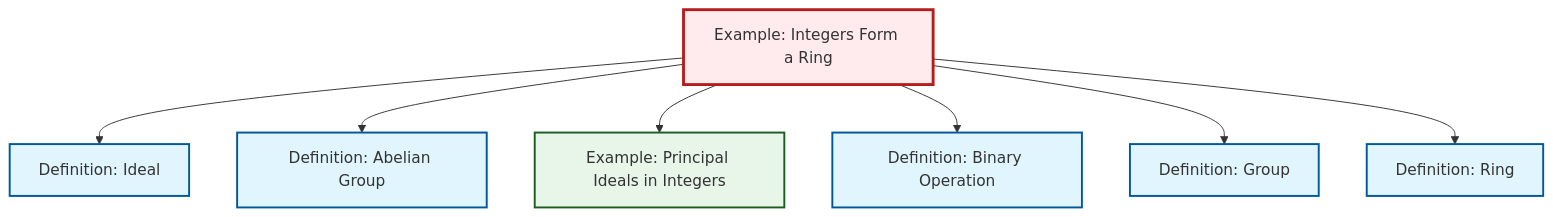
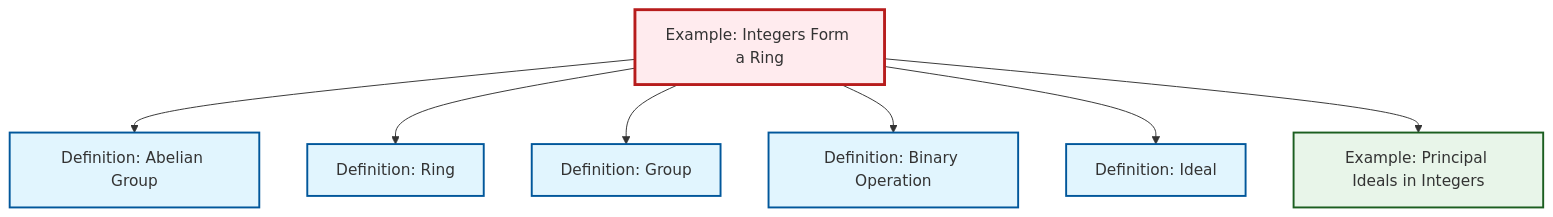
The diagram in content/en/algebra/ex-integers-ring.qmd (RK0429/ModernMath), drawn with Mermaid before and after one commit. The commit also changed other lines of this file and 491 other files, not shown here.

````diff
--- a/content/en/algebra/ex-integers-ring.qmd
+++ b/content/en/algebra/ex-integers-ring.qmd
@@ -64,29 +64,29 @@
 ```{mermaid}
 %%| fig-cap: "Local dependency graph"
 graph TD
     classDef definition fill:#e1f5fe,stroke:#01579b,stroke-width:2px
     classDef theorem fill:#f3e5f5,stroke:#4a148c,stroke-width:2px
     classDef axiom fill:#fff3e0,stroke:#e65100,stroke-width:2px
     classDef example fill:#e8f5e9,stroke:#1b5e20,stroke-width:2px
     classDef current fill:#ffebee,stroke:#b71c1c,stroke-width:3px
+    def-binary-operation["Definition: Binary Operation"]:::definition
+    def-abelian-group["Definition: Abelian Group"]:::definition
+    ex-principal-ideal["Example: Principal Ideals in Integers"]:::example
     def-group["Definition: Group"]:::definition
     def-ideal["Definition: Ideal"]:::definition
-    def-binary-operation["Definition: Binary Operation"]:::definition
-    def-abelian-group["Definition: Abelian Group"]:::definition
+    def-ring["Definition: Ring"]:::definition
     ex-integers-ring["Example: Integers Form a Ring"]:::example
-    def-ring["Definition: Ring"]:::definition
-    ex-principal-ideal["Example: Principal Ideals in Integers"]:::example
+    ex-integers-ring --> def-abelian-group
+    ex-integers-ring --> def-ring
+    ex-integers-ring --> def-group
+    ex-integers-ring --> def-binary-operation
     ex-integers-ring --> def-ideal
-    ex-integers-ring --> def-abelian-group
     ex-integers-ring --> ex-principal-ideal
-    ex-integers-ring --> def-binary-operation
-    ex-integers-ring --> def-group
-    ex-integers-ring --> def-ring
     class ex-integers-ring current
+    click def-binary-operation "def-binary-operation.html" "Go to Binary Operation definition"
+    click def-abelian-group "def-abelian-group.html" "Go to Abelian Group definition"
+    click ex-principal-ideal "ex-principal-ideal.html" "Go to Principal Ideals in Integers example"
     click def-group "def-group.html" "Go to Group definition"
     click def-ideal "def-ideal.html" "Go to Ideal definition"
-    click def-binary-operation "def-binary-operation.html" "Go to Binary Operation definition"
-    click def-abelian-group "def-abelian-group.html" "Go to Abelian Group definition"
     click def-ring "def-ring.html" "Go to Ring definition"
-    click ex-principal-ideal "ex-principal-ideal.html" "Go to Principal Ideals in Integers example"
 ```
````
